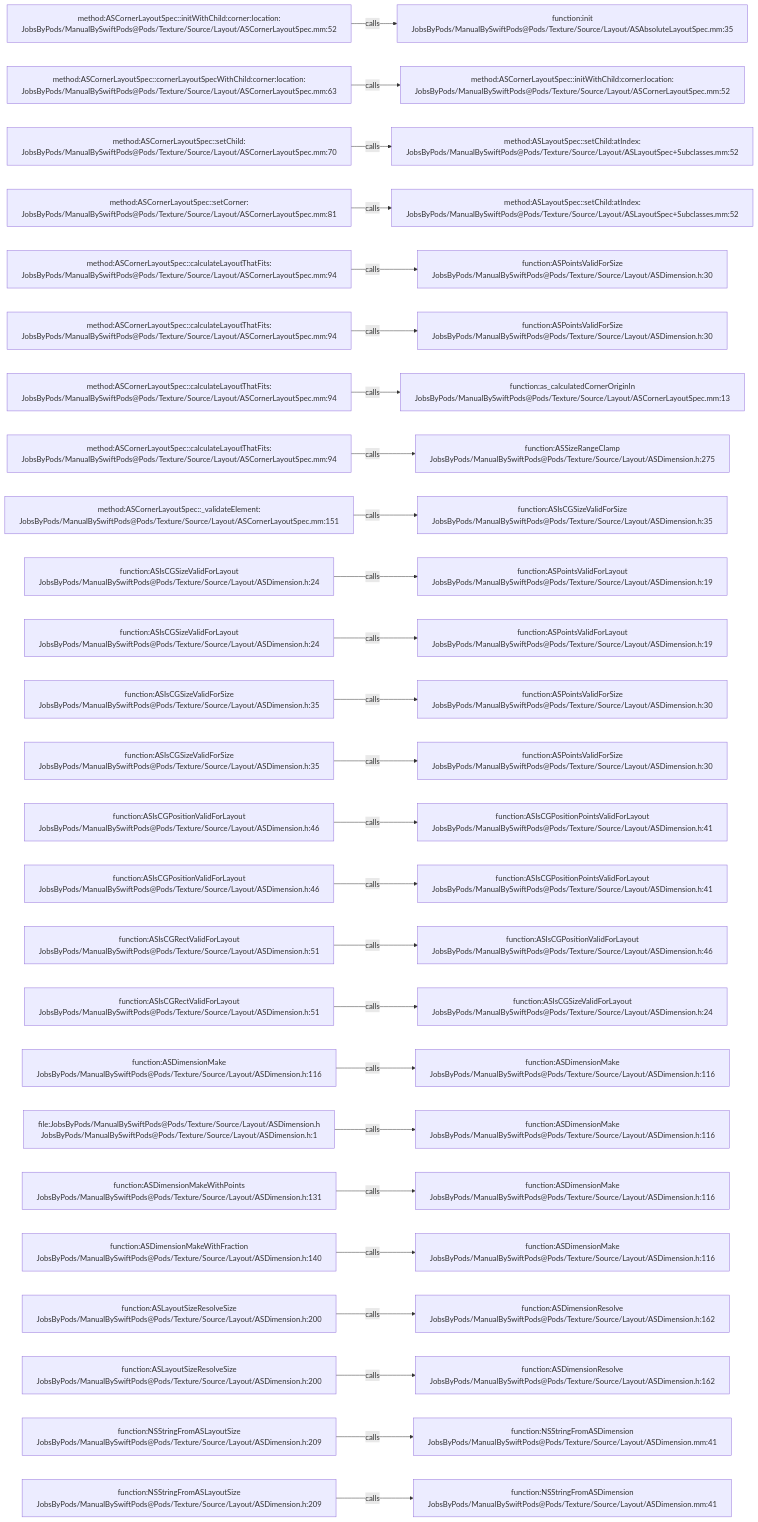
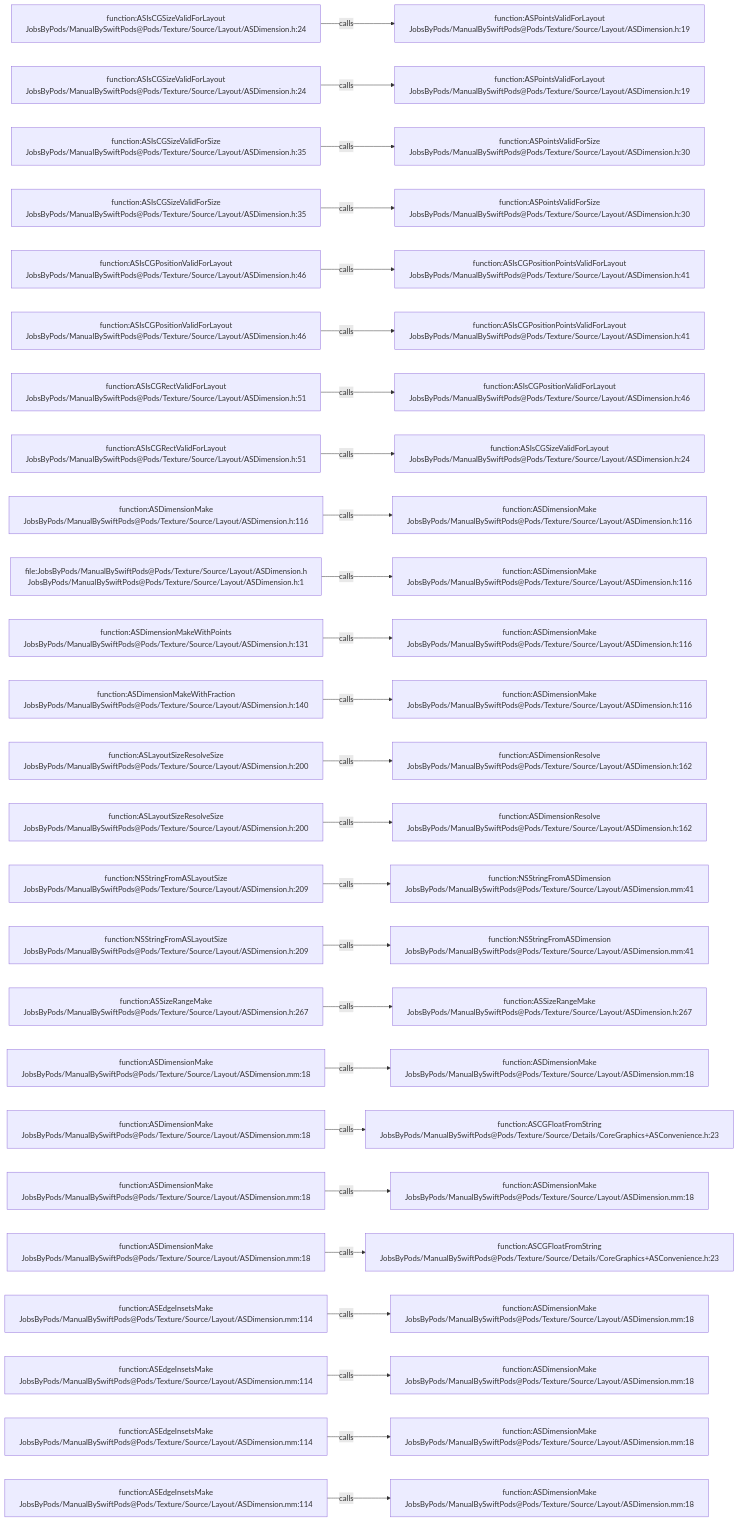
Before and after one commit to JobsKits/JobsSwiftBaseConfigDemo: the diagram in .codegraph/codegraph.md/graphs/calls-106.md, drawn with Mermaid. The commit also changed 707 other files, not shown here.

````diff
--- a/.codegraph/codegraph.md/graphs/calls-106.md
+++ b/.codegraph/codegraph.md/graphs/calls-106.md
@@ -13,78 +13,78 @@
 ```mermaid
 flowchart LR
-  S1["method:ASCornerLayoutSpec::initWithChild:corner:location:<br/>JobsByPods/ManualBySwiftPods@Pods/Texture/Source/Layout/ASCornerLayoutSpec.mm:52"]
-  T1["function:init<br/>JobsByPods/ManualBySwiftPods@Pods/Texture/Source/Layout/ASAbsoluteLayoutSpec.mm:35"]
+  S1["function:ASIsCGSizeValidForLayout<br/>JobsByPods/ManualBySwiftPods@Pods/Texture/Source/Layout/ASDimension.h:24"]
+  T1["function:ASPointsValidForLayout<br/>JobsByPods/ManualBySwiftPods@Pods/Texture/Source/Layout/ASDimension.h:19"]
   S1 -->|calls| T1
-  S2["method:ASCornerLayoutSpec::cornerLayoutSpecWithChild:corner:location:<br/>JobsByPods/ManualBySwiftPods@Pods/Texture/Source/Layout/ASCornerLayoutSpec.mm:63"]
-  T2["method:ASCornerLayoutSpec::initWithChild:corner:location:<br/>JobsByPods/ManualBySwiftPods@Pods/Texture/Source/Layout/ASCornerLayoutSpec.mm:52"]
+  S2["function:ASIsCGSizeValidForLayout<br/>JobsByPods/ManualBySwiftPods@Pods/Texture/Source/Layout/ASDimension.h:24"]
+  T2["function:ASPointsValidForLayout<br/>JobsByPods/ManualBySwiftPods@Pods/Texture/Source/Layout/ASDimension.h:19"]
   S2 -->|calls| T2
-  S3["method:ASCornerLayoutSpec::setChild:<br/>JobsByPods/ManualBySwiftPods@Pods/Texture/Source/Layout/ASCornerLayoutSpec.mm:70"]
-  T3["method:ASLayoutSpec::setChild:atIndex:<br/>JobsByPods/ManualBySwiftPods@Pods/Texture/Source/Layout/ASLayoutSpec+Subclasses.mm:52"]
+  S3["function:ASIsCGSizeValidForSize<br/>JobsByPods/ManualBySwiftPods@Pods/Texture/Source/Layout/ASDimension.h:35"]
+  T3["function:ASPointsValidForSize<br/>JobsByPods/ManualBySwiftPods@Pods/Texture/Source/Layout/ASDimension.h:30"]
   S3 -->|calls| T3
-  S4["method:ASCornerLayoutSpec::setCorner:<br/>JobsByPods/ManualBySwiftPods@Pods/Texture/Source/Layout/ASCornerLayoutSpec.mm:81"]
-  T4["method:ASLayoutSpec::setChild:atIndex:<br/>JobsByPods/ManualBySwiftPods@Pods/Texture/Source/Layout/ASLayoutSpec+Subclasses.mm:52"]
+  S4["function:ASIsCGSizeValidForSize<br/>JobsByPods/ManualBySwiftPods@Pods/Texture/Source/Layout/ASDimension.h:35"]
+  T4["function:ASPointsValidForSize<br/>JobsByPods/ManualBySwiftPods@Pods/Texture/Source/Layout/ASDimension.h:30"]
   S4 -->|calls| T4
-  S5["method:ASCornerLayoutSpec::calculateLayoutThatFits:<br/>JobsByPods/ManualBySwiftPods@Pods/Texture/Source/Layout/ASCornerLayoutSpec.mm:94"]
-  T5["function:ASPointsValidForSize<br/>JobsByPods/ManualBySwiftPods@Pods/Texture/Source/Layout/ASDimension.h:30"]
+  S5["function:ASIsCGPositionValidForLayout<br/>JobsByPods/ManualBySwiftPods@Pods/Texture/Source/Layout/ASDimension.h:46"]
+  T5["function:ASIsCGPositionPointsValidForLayout<br/>JobsByPods/ManualBySwiftPods@Pods/Texture/Source/Layout/ASDimension.h:41"]
   S5 -->|calls| T5
-  S6["method:ASCornerLayoutSpec::calculateLayoutThatFits:<br/>JobsByPods/ManualBySwiftPods@Pods/Texture/Source/Layout/ASCornerLayoutSpec.mm:94"]
-  T6["function:ASPointsValidForSize<br/>JobsByPods/ManualBySwiftPods@Pods/Texture/Source/Layout/ASDimension.h:30"]
+  S6["function:ASIsCGPositionValidForLayout<br/>JobsByPods/ManualBySwiftPods@Pods/Texture/Source/Layout/ASDimension.h:46"]
+  T6["function:ASIsCGPositionPointsValidForLayout<br/>JobsByPods/ManualBySwiftPods@Pods/Texture/Source/Layout/ASDimension.h:41"]
   S6 -->|calls| T6
-  S7["method:ASCornerLayoutSpec::calculateLayoutThatFits:<br/>JobsByPods/ManualBySwiftPods@Pods/Texture/Source/Layout/ASCornerLayoutSpec.mm:94"]
-  T7["function:as_calculatedCornerOriginIn<br/>JobsByPods/ManualBySwiftPods@Pods/Texture/Source/Layout/ASCornerLayoutSpec.mm:13"]
+  S7["function:ASIsCGRectValidForLayout<br/>JobsByPods/ManualBySwiftPods@Pods/Texture/Source/Layout/ASDimension.h:51"]
+  T7["function:ASIsCGPositionValidForLayout<br/>JobsByPods/ManualBySwiftPods@Pods/Texture/Source/Layout/ASDimension.h:46"]
   S7 -->|calls| T7
-  S8["method:ASCornerLayoutSpec::calculateLayoutThatFits:<br/>JobsByPods/ManualBySwiftPods@Pods/Texture/Source/Layout/ASCornerLayoutSpec.mm:94"]
-  T8["function:ASSizeRangeClamp<br/>JobsByPods/ManualBySwiftPods@Pods/Texture/Source/Layout/ASDimension.h:275"]
+  S8["function:ASIsCGRectValidForLayout<br/>JobsByPods/ManualBySwiftPods@Pods/Texture/Source/Layout/ASDimension.h:51"]
+  T8["function:ASIsCGSizeValidForLayout<br/>JobsByPods/ManualBySwiftPods@Pods/Texture/Source/Layout/ASDimension.h:24"]
   S8 -->|calls| T8
-  S9["method:ASCornerLayoutSpec::_validateElement:<br/>JobsByPods/ManualBySwiftPods@Pods/Texture/Source/Layout/ASCornerLayoutSpec.mm:151"]
-  T9["function:ASIsCGSizeValidForSize<br/>JobsByPods/ManualBySwiftPods@Pods/Texture/Source/Layout/ASDimension.h:35"]
+  S9["function:ASDimensionMake<br/>JobsByPods/ManualBySwiftPods@Pods/Texture/Source/Layout/ASDimension.h:116"]
+  T9["function:ASDimensionMake<br/>JobsByPods/ManualBySwiftPods@Pods/Texture/Source/Layout/ASDimension.h:116"]
   S9 -->|calls| T9
-  S10["function:ASIsCGSizeValidForLayout<br/>JobsByPods/ManualBySwiftPods@Pods/Texture/Source/Layout/ASDimension.h:24"]
-  T10["function:ASPointsValidForLayout<br/>JobsByPods/ManualBySwiftPods@Pods/Texture/Source/Layout/ASDimension.h:19"]
+  S10["file:JobsByPods/ManualBySwiftPods@Pods/Texture/Source/Layout/ASDimension.h<br/>JobsByPods/ManualBySwiftPods@Pods/Texture/Source/Layout/ASDimension.h:1"]
+  T10["function:ASDimensionMake<br/>JobsByPods/ManualBySwiftPods@Pods/Texture/Source/Layout/ASDimension.h:116"]
   S10 -->|calls| T10
-  S11["function:ASIsCGSizeValidForLayout<br/>JobsByPods/ManualBySwiftPods@Pods/Texture/Source/Layout/ASDimension.h:24"]
-  T11["function:ASPointsValidForLayout<br/>JobsByPods/ManualBySwiftPods@Pods/Texture/Source/Layout/ASDimension.h:19"]
+  S11["function:ASDimensionMakeWithPoints<br/>JobsByPods/ManualBySwiftPods@Pods/Texture/Source/Layout/ASDimension.h:131"]
+  T11["function:ASDimensionMake<br/>JobsByPods/ManualBySwiftPods@Pods/Texture/Source/Layout/ASDimension.h:116"]
   S11 -->|calls| T11
-  S12["function:ASIsCGSizeValidForSize<br/>JobsByPods/ManualBySwiftPods@Pods/Texture/Source/Layout/ASDimension.h:35"]
-  T12["function:ASPointsValidForSize<br/>JobsByPods/ManualBySwiftPods@Pods/Texture/Source/Layout/ASDimension.h:30"]
+  S12["function:ASDimensionMakeWithFraction<br/>JobsByPods/ManualBySwiftPods@Pods/Texture/Source/Layout/ASDimension.h:140"]
+  T12["function:ASDimensionMake<br/>JobsByPods/ManualBySwiftPods@Pods/Texture/Source/Layout/ASDimension.h:116"]
   S12 -->|calls| T12
-  S13["function:ASIsCGSizeValidForSize<br/>JobsByPods/ManualBySwiftPods@Pods/Texture/Source/Layout/ASDimension.h:35"]
-  T13["function:ASPointsValidForSize<br/>JobsByPods/ManualBySwiftPods@Pods/Texture/Source/Layout/ASDimension.h:30"]
+  S13["function:ASLayoutSizeResolveSize<br/>JobsByPods/ManualBySwiftPods@Pods/Texture/Source/Layout/ASDimension.h:200"]
+  T13["function:ASDimensionResolve<br/>JobsByPods/ManualBySwiftPods@Pods/Texture/Source/Layout/ASDimension.h:162"]
   S13 -->|calls| T13
-  S14["function:ASIsCGPositionValidForLayout<br/>JobsByPods/ManualBySwiftPods@Pods/Texture/Source/Layout/ASDimension.h:46"]
-  T14["function:ASIsCGPositionPointsValidForLayout<br/>JobsByPods/ManualBySwiftPods@Pods/Texture/Source/Layout/ASDimension.h:41"]
+  S14["function:ASLayoutSizeResolveSize<br/>JobsByPods/ManualBySwiftPods@Pods/Texture/Source/Layout/ASDimension.h:200"]
+  T14["function:ASDimensionResolve<br/>JobsByPods/ManualBySwiftPods@Pods/Texture/Source/Layout/ASDimension.h:162"]
   S14 -->|calls| T14
-  S15["function:ASIsCGPositionValidForLayout<br/>JobsByPods/ManualBySwiftPods@Pods/Texture/Source/Layout/ASDimension.h:46"]
-  T15["function:ASIsCGPositionPointsValidForLayout<br/>JobsByPods/ManualBySwiftPods@Pods/Texture/Source/Layout/ASDimension.h:41"]
+  S15["function:NSStringFromASLayoutSize<br/>JobsByPods/ManualBySwiftPods@Pods/Texture/Source/Layout/ASDimension.h:209"]
+  T15["function:NSStringFromASDimension<br/>JobsByPods/ManualBySwiftPods@Pods/Texture/Source/Layout/ASDimension.mm:41"]
   S15 -->|calls| T15
-  S16["function:ASIsCGRectValidForLayout<br/>JobsByPods/ManualBySwiftPods@Pods/Texture/Source/Layout/ASDimension.h:51"]
-  T16["function:ASIsCGPositionValidForLayout<br/>JobsByPods/ManualBySwiftPods@Pods/Texture/Source/Layout/ASDimension.h:46"]
+  S16["function:NSStringFromASLayoutSize<br/>JobsByPods/ManualBySwiftPods@Pods/Texture/Source/Layout/ASDimension.h:209"]
+  T16["function:NSStringFromASDimension<br/>JobsByPods/ManualBySwiftPods@Pods/Texture/Source/Layout/ASDimension.mm:41"]
   S16 -->|calls| T16
-  S17["function:ASIsCGRectValidForLayout<br/>JobsByPods/ManualBySwiftPods@Pods/Texture/Source/Layout/ASDimension.h:51"]
-  T17["function:ASIsCGSizeValidForLayout<br/>JobsByPods/ManualBySwiftPods@Pods/Texture/Source/Layout/ASDimension.h:24"]
+  S17["function:ASSizeRangeMake<br/>JobsByPods/ManualBySwiftPods@Pods/Texture/Source/Layout/ASDimension.h:267"]
+  T17["function:ASSizeRangeMake<br/>JobsByPods/ManualBySwiftPods@Pods/Texture/Source/Layout/ASDimension.h:267"]
   S17 -->|calls| T17
-  S18["function:ASDimensionMake<br/>JobsByPods/ManualBySwiftPods@Pods/Texture/Source/Layout/ASDimension.h:116"]
-  T18["function:ASDimensionMake<br/>JobsByPods/ManualBySwiftPods@Pods/Texture/Source/Layout/ASDimension.h:116"]
+  S18["function:ASDimensionMake<br/>JobsByPods/ManualBySwiftPods@Pods/Texture/Source/Layout/ASDimension.mm:18"]
+  T18["function:ASDimensionMake<br/>JobsByPods/ManualBySwiftPods@Pods/Texture/Source/Layout/ASDimension.mm:18"]
   S18 -->|calls| T18
-  S19["file:JobsByPods/ManualBySwiftPods@Pods/Texture/Source/Layout/ASDimension.h<br/>JobsByPods/ManualBySwiftPods@Pods/Texture/Source/Layout/ASDimension.h:1"]
-  T19["function:ASDimensionMake<br/>JobsByPods/ManualBySwiftPods@Pods/Texture/Source/Layout/ASDimension.h:116"]
+  S19["function:ASDimensionMake<br/>JobsByPods/ManualBySwiftPods@Pods/Texture/Source/Layout/ASDimension.mm:18"]
+  T19["function:ASCGFloatFromString<br/>JobsByPods/ManualBySwiftPods@Pods/Texture/Source/Details/CoreGraphics+ASConvenience.h:23"]
   S19 -->|calls| T19
-  S20["function:ASDimensionMakeWithPoints<br/>JobsByPods/ManualBySwiftPods@Pods/Texture/Source/Layout/ASDimension.h:131"]
-  T20["function:ASDimensionMake<br/>JobsByPods/ManualBySwiftPods@Pods/Texture/Source/Layout/ASDimension.h:116"]
+  S20["function:ASDimensionMake<br/>JobsByPods/ManualBySwiftPods@Pods/Texture/Source/Layout/ASDimension.mm:18"]
+  T20["function:ASDimensionMake<br/>JobsByPods/ManualBySwiftPods@Pods/Texture/Source/Layout/ASDimension.mm:18"]
   S20 -->|calls| T20
-  S21["function:ASDimensionMakeWithFraction<br/>JobsByPods/ManualBySwiftPods@Pods/Texture/Source/Layout/ASDimension.h:140"]
-  T21["function:ASDimensionMake<br/>JobsByPods/ManualBySwiftPods@Pods/Texture/Source/Layout/ASDimension.h:116"]
+  S21["function:ASDimensionMake<br/>JobsByPods/ManualBySwiftPods@Pods/Texture/Source/Layout/ASDimension.mm:18"]
+  T21["function:ASCGFloatFromString<br/>JobsByPods/ManualBySwiftPods@Pods/Texture/Source/Details/CoreGraphics+ASConvenience.h:23"]
   S21 -->|calls| T21
-  S22["function:ASLayoutSizeResolveSize<br/>JobsByPods/ManualBySwiftPods@Pods/Texture/Source/Layout/ASDimension.h:200"]
-  T22["function:ASDimensionResolve<br/>JobsByPods/ManualBySwiftPods@Pods/Texture/Source/Layout/ASDimension.h:162"]
+  S22["function:ASEdgeInsetsMake<br/>JobsByPods/ManualBySwiftPods@Pods/Texture/Source/Layout/ASDimension.mm:114"]
+  T22["function:ASDimensionMake<br/>JobsByPods/ManualBySwiftPods@Pods/Texture/Source/Layout/ASDimension.mm:18"]
   S22 -->|calls| T22
-  S23["function:ASLayoutSizeResolveSize<br/>JobsByPods/ManualBySwiftPods@Pods/Texture/Source/Layout/ASDimension.h:200"]
-  T23["function:ASDimensionResolve<br/>JobsByPods/ManualBySwiftPods@Pods/Texture/Source/Layout/ASDimension.h:162"]
+  S23["function:ASEdgeInsetsMake<br/>JobsByPods/ManualBySwiftPods@Pods/Texture/Source/Layout/ASDimension.mm:114"]
+  T23["function:ASDimensionMake<br/>JobsByPods/ManualBySwiftPods@Pods/Texture/Source/Layout/ASDimension.mm:18"]
   S23 -->|calls| T23
-  S24["function:NSStringFromASLayoutSize<br/>JobsByPods/ManualBySwiftPods@Pods/Texture/Source/Layout/ASDimension.h:209"]
-  T24["function:NSStringFromASDimension<br/>JobsByPods/ManualBySwiftPods@Pods/Texture/Source/Layout/ASDimension.mm:41"]
+  S24["function:ASEdgeInsetsMake<br/>JobsByPods/ManualBySwiftPods@Pods/Texture/Source/Layout/ASDimension.mm:114"]
+  T24["function:ASDimensionMake<br/>JobsByPods/ManualBySwiftPods@Pods/Texture/Source/Layout/ASDimension.mm:18"]
   S24 -->|calls| T24
-  S25["function:NSStringFromASLayoutSize<br/>JobsByPods/ManualBySwiftPods@Pods/Texture/Source/Layout/ASDimension.h:209"]
-  T25["function:NSStringFromASDimension<br/>JobsByPods/ManualBySwiftPods@Pods/Texture/Source/Layout/ASDimension.mm:41"]
+  S25["function:ASEdgeInsetsMake<br/>JobsByPods/ManualBySwiftPods@Pods/Texture/Source/Layout/ASDimension.mm:114"]
+  T25["function:ASDimensionMake<br/>JobsByPods/ManualBySwiftPods@Pods/Texture/Source/Layout/ASDimension.mm:18"]
   S25 -->|calls| T25
 ```
````
